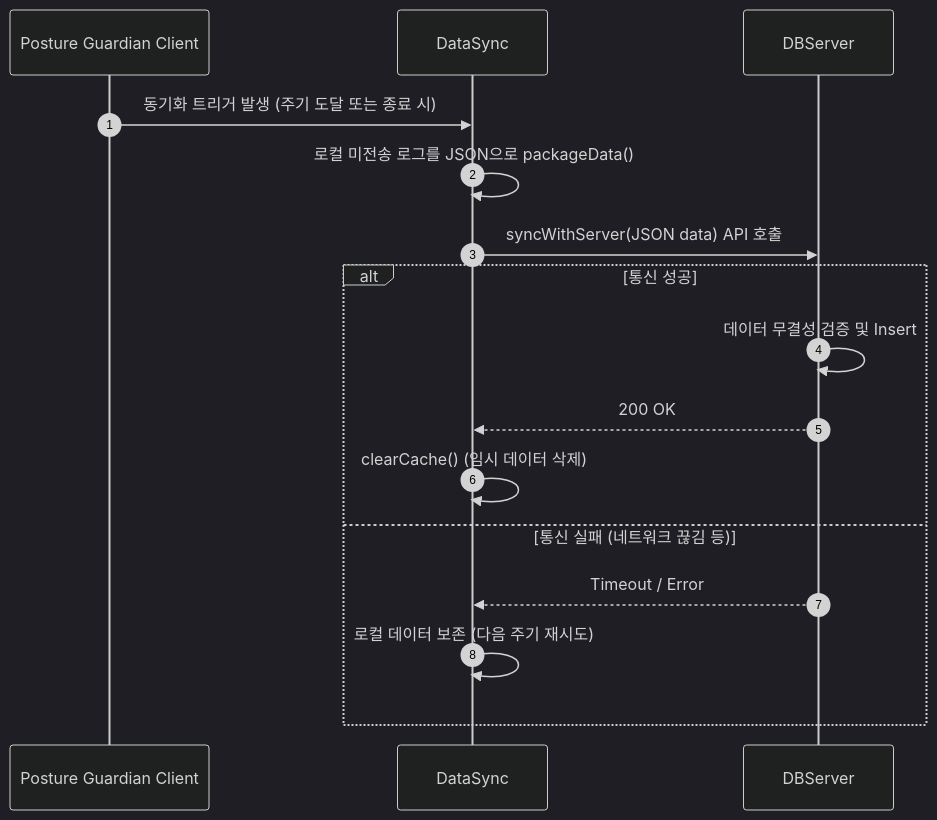
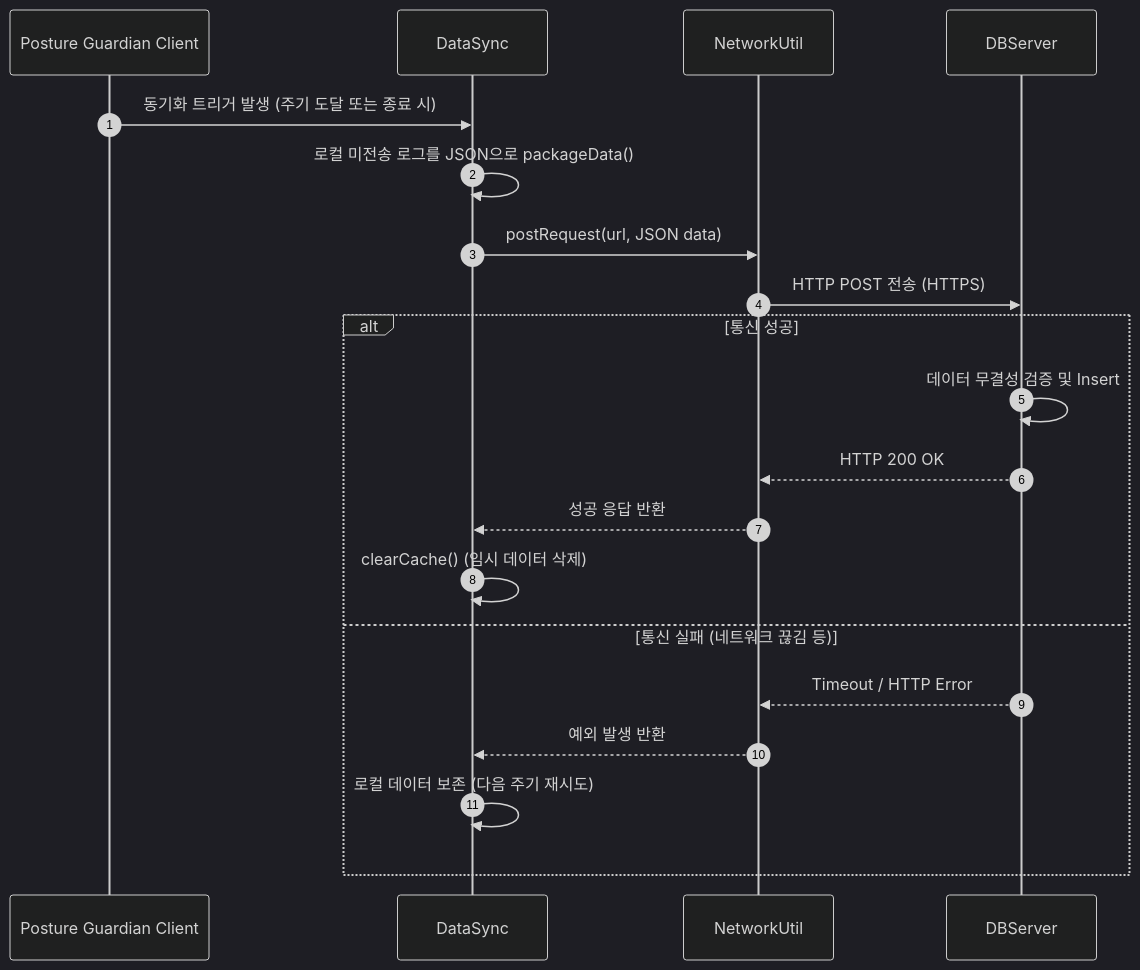
The fifth of 6 diagrams in Design_[22313532_전동규].md (wjsehd/Posture-Guardian-Project), drawn with Mermaid (dark theme) before and after one commit. The commit also changed other lines of this file, not shown here.

Commit message:
v 3.0.2 / 설계 단계 클래스다이어그램 내용 보완

````diff
--- a/Design_[22313532_전동규].md
+++ b/Design_[22313532_전동규].md
@@ -242,20 +257,24 @@
 ```mermaid
 sequenceDiagram
     autonumber
     participant SYS as Posture Guardian Client
     participant DS as DataSync
+    participant NW as NetworkUtil
     participant DB as DBServer
 
     SYS->>DS: 동기화 트리거 발생 (주기 도달 또는 종료 시)
     DS->>DS: 로컬 미전송 로그를 JSON으로 packageData()
-    DS->>DB: syncWithServer(JSON data) API 호출
+    DS->>NW: postRequest(url, JSON data)
+    NW->>DB: HTTP POST 전송 (HTTPS)
     
     alt 통신 성공
         DB->>DB: 데이터 무결성 검증 및 Insert
-        DB-->>DS: 200 OK
+        DB-->>NW: HTTP 200 OK
+        NW-->>DS: 성공 응답 반환
         DS->>DS: clearCache() (임시 데이터 삭제)
     else 통신 실패 (네트워크 끊김 등)
-        DB-->>DS: Timeout / Error
+        DB-->>NW: Timeout / HTTP Error
+        NW-->>DS: 예외 발생 반환
         DS->>DS: 로컬 데이터 보존 (다음 주기 재시도)
     end
 ```
````
